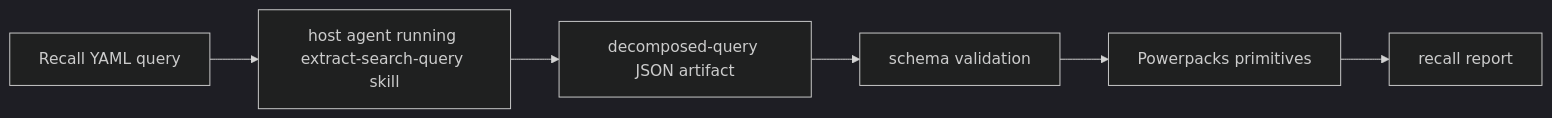
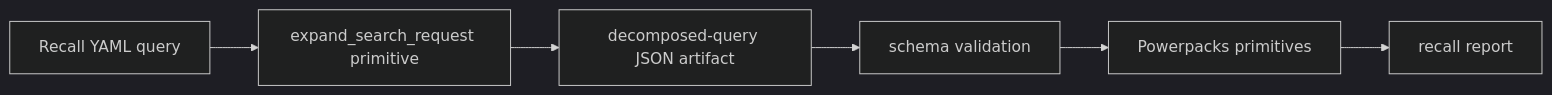
Before and after one commit to powerset-co/powerpacks: the third of 5 diagrams in packs/search/docs/task-flow.md, drawn with Mermaid (dark theme). The commit also changed other lines of this file and 23 other files, not shown here.

Commit message:
Remove legacy extract search query skill

````diff
--- a/packs/search/docs/task-flow.md
+++ b/packs/search/docs/task-flow.md
@@ -112,8 +100,8 @@
 ```mermaid
 flowchart LR
-  Y[Recall YAML query] --> A[host agent running extract-search-query skill]
+  Y[Recall YAML query] --> A[expand_search_request primitive]
   A --> J[decomposed-query JSON artifact]
   J --> V[schema validation]
   V --> P[Powerpacks primitives]
   P --> R[recall report]
 ```
````
